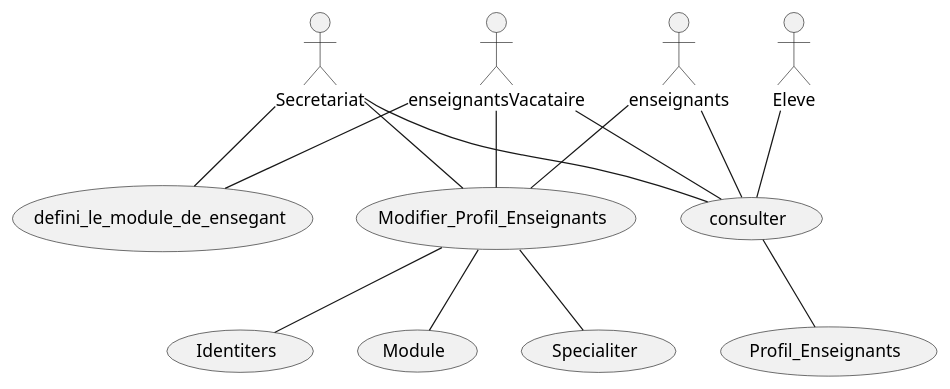
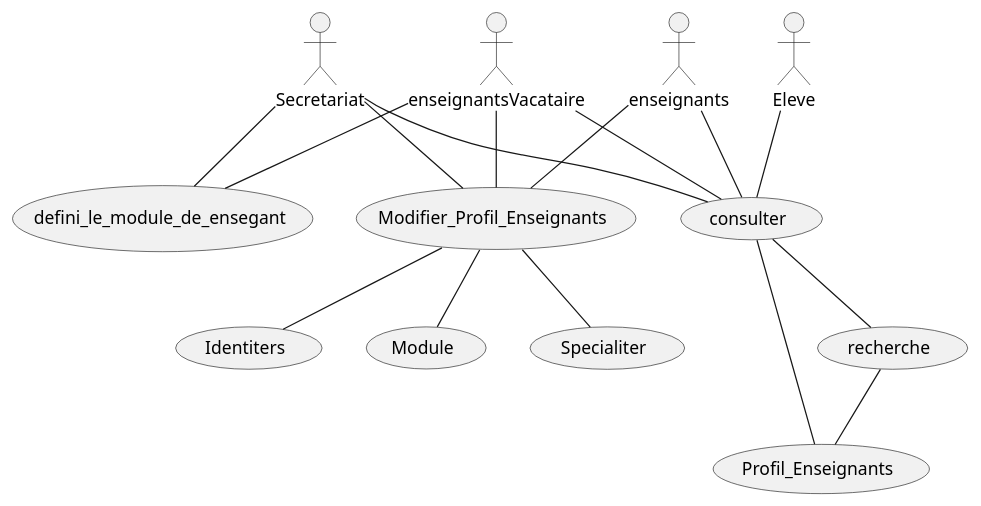
One commit to IUT-Blagnac/bcoo-retro2021-bcoo-retro2021-g16 changed the diagram in analyse/diagrammes/DiagrammeCasUtilisation.plantuml. Above: the diagram before and after it, drawn with PlantUML.

```diff
--- a/analyse/diagrammes/DiagrammeCasUtilisation.plantuml
+++ b/analyse/diagrammes/DiagrammeCasUtilisation.plantuml
@@ -1,31 +1,34 @@
 @startuml
 
 actor enseignants
 usecase Profil_Enseignants as PE
 usecase Modifier_Profil_Enseignants as MPE
 usecase Identiters as IE
 usecase Module as ME
 usecase Specialiter 
 usecase consulter 
+usecase recherche
 
 actor Secretariat
 actor enseignantsVacataire as EV
 actor Eleve 
 
 usecase defini_le_module_de_ensegant as DME
 
 enseignants -- MPE
 Secretariat -- MPE 
 Eleve -- consulter
 Secretariat -- consulter
 enseignants -- consulter
+consulter -- recherche
+recherche -- PE
 EV -- consulter
 consulter -- PE
 MPE -- IE
 MPE -- ME
 EV -- MPE
 MPE -- Specialiter
 EV -- DME
 Secretariat -- DME
 
 @enduml
```
